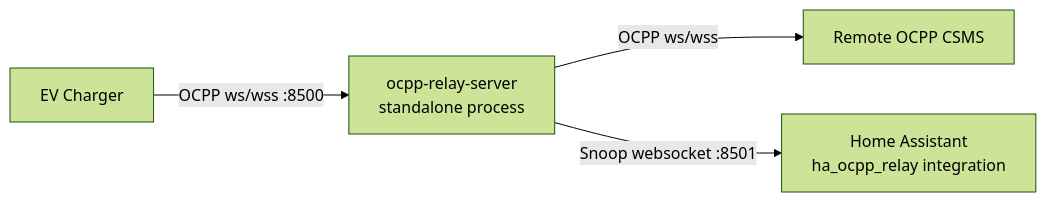
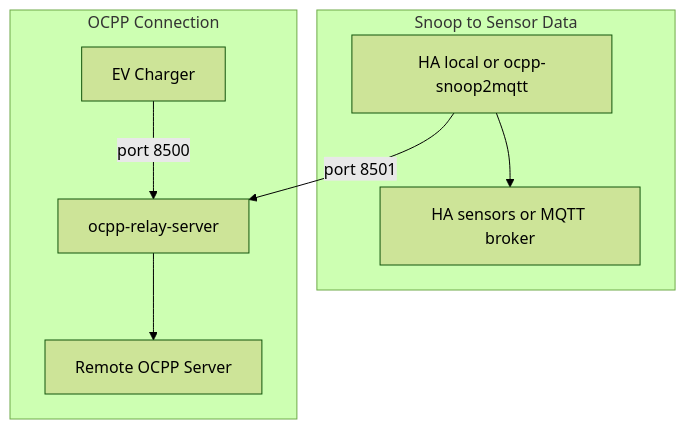
Before and after one commit to michael-adler/ha-ocpp-relay: the diagram in README.md, drawn with Mermaid (forest theme). The commit also changed other lines of this file and 6 other files, not shown here.

````diff
--- a/README.md
+++ b/README.md
@@ -48,11 +51,12 @@
 ```mermaid
-flowchart LR
-	CP[EV Charger]
-	RELAY[ocpp-relay-server\nstandalone process]
-	CSMS[Remote OCPP CSMS]
-	HASS[Home Assistant\nha_ocpp_relay integration]
+flowchart
+  subgraph Snoop to Sensor Data
+    Snoop[HA local or ocpp-snoop2mqtt] --> Sensor[HA sensors or MQTT broker]
+  end
+  subgraph OCPP Connection
+    CP[EV Charger] -- port 8500 --> Relay[ocpp-relay-server]
+    Relay --> CPMS[Remote OCPP Server]
+  end
 
-	CP -- OCPP ws/wss :8500 --> RELAY
-	RELAY -- OCPP ws/wss --> CSMS
-	RELAY -- Snoop websocket :8501 --> HASS
+  Snoop -- port 8501 --> Relay
 ```
````
